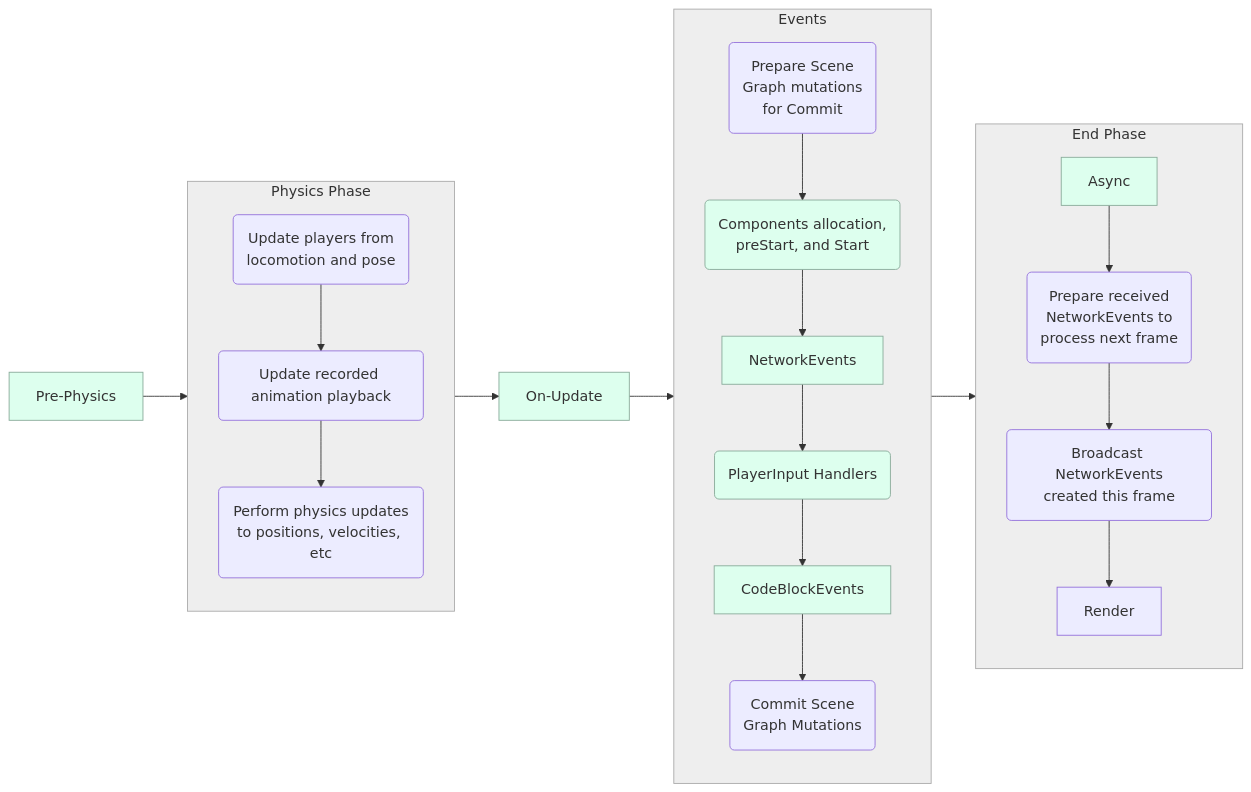
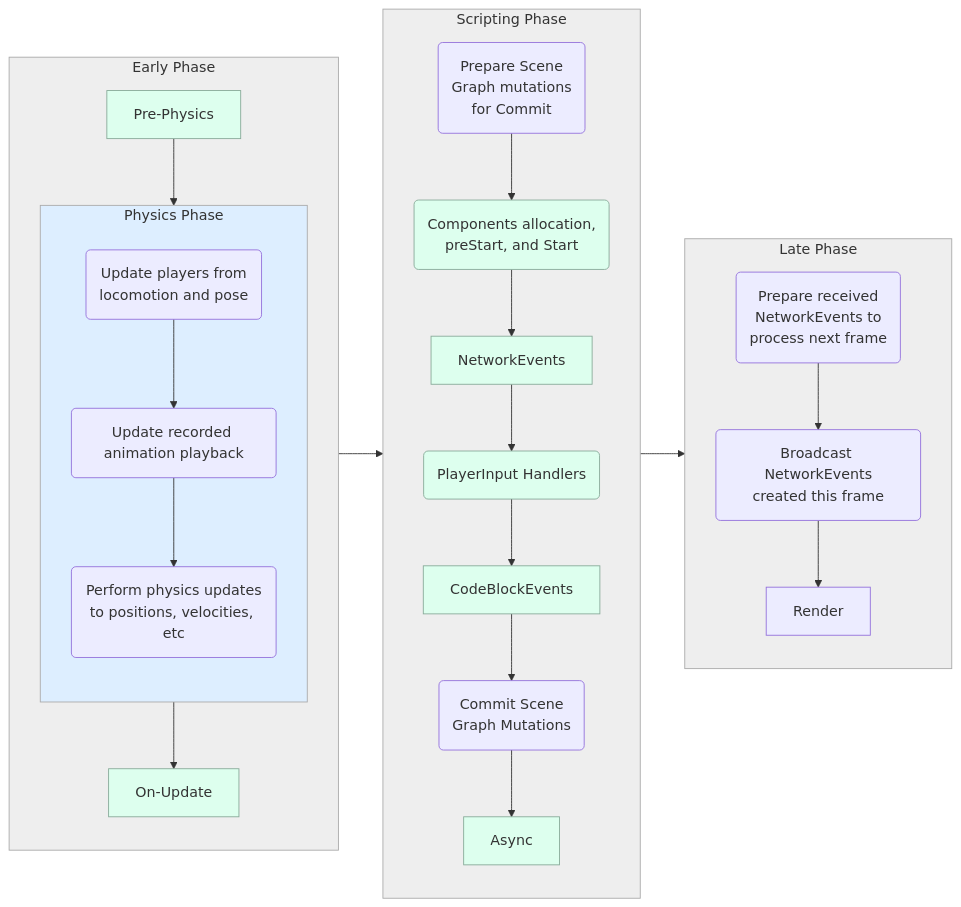
One commit to MHCPCreators/horizonCreatorManual changed the sixth of 10 diagrams in HorizonTechnicalDoc.md. Above: the diagram before and after it, drawn with Mermaid. The commit also changed other lines of this file, not shown here.

Commit message:
Update frame sequence diagram

````diff
--- a/HorizonTechnicalDoc.md
+++ b/HorizonTechnicalDoc.md
@@ -2577,31 +2571,36 @@
 ```mermaid {align="center"}
 flowchart LR
+  subgraph Early [Early Phase]
+    Pre-Physics --> Physics --> On-Update
+  end
+
   subgraph Physics [Physics Phase]
     locomotion(Update players from<br/>locomotion and pose) --> animation(Update recorded animation playback)
 
     animation --> physicsStep(Perform physics updates<br/>to positions, velocities, etc)
   end
 
-  subgraph Events
-    PrepareMutations(Prepare Scene<br/>Graph mutations<br>for Commit) --> Components(Components allocation,<br/>preStart, and Start)  --> NetworkEvents --> PlayerInputHandlers(PlayerInput Handlers) --> CodeBlockEvents --> mutations(Commit Scene <br/>Graph Mutations)
+  subgraph Scripting [Scripting Phase]
+    PrepareMutations(Prepare Scene<br/>Graph mutations<br>for Commit) --> Components(Components allocation,<br/>preStart, and Start)  --> NetworkEvents --> PlayerInputHandlers(PlayerInput Handlers) --> CodeBlockEvents --> mutations(Commit Scene <br/>Graph Mutations) --> Async
   end
 
-  subgraph EndFrame [End Phase]
-    Async --> receive(Prepare received<br/>NetworkEvents to</br>process next frame) --> broadcast(Broadcast NetworkEvents<br/>created this frame) --> Render
+  subgraph Late [Late Phase]
+    receive(Prepare received<br/>NetworkEvents to</br>process next frame) --> broadcast(Broadcast NetworkEvents<br/>created this frame) --> Render
   end
 
-  Pre-Physics --> Physics --> On-Update --> Events --> EndFrame
+  Early --> Scripting --> Late
 
-  style Physics fill:#eee,stroke:#aaa
-  style Events fill:#eee,stroke:#aaa
-  style EndFrame fill:#eee,stroke:#aaa
+  style Physics fill:#def,stroke:#aaa
 
-  %% Scripting
+  style Scripting fill:#eee,stroke:#aaa
+  style Early fill:#eee,stroke:#aaa
+  style Late fill:#eee,stroke:#aaa
+
   style Async fill:#dfe,stroke:#8a9
   style Pre-Physics fill:#dfe,stroke:#8a9
   style On-Update fill:#dfe,stroke:#8a9
   style NetworkEvents fill:#dfe,stroke:#8a9
   style PlayerInputHandlers fill:#dfe,stroke:#8a9
   style CodeBlockEvents fill:#dfe,stroke:#8a9
   style Components fill:#dfe,stroke:#8a9
 ```
````
